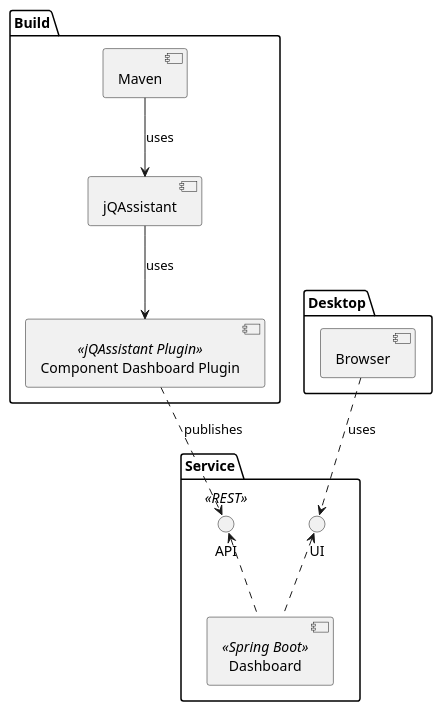
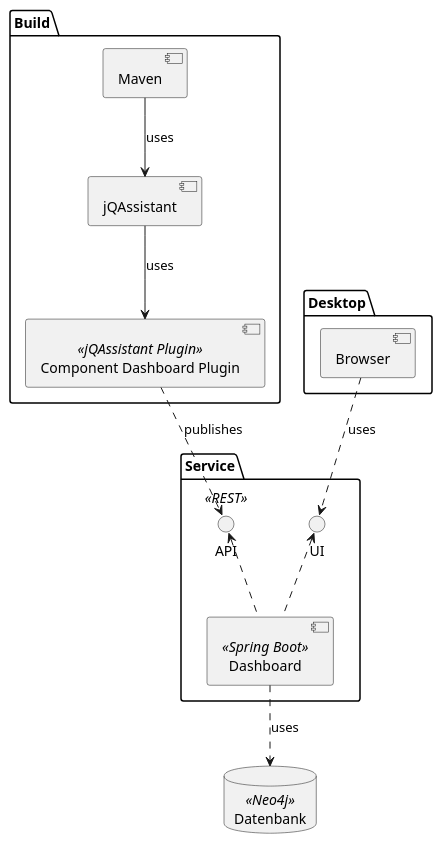
One commit to jqassistant-tooling/jqassistant-component-dashboard changed the diagram in doc/src/main/asciidoc/component-diagram.puml. Above: the diagram before and after it, drawn with PlantUML.

```diff
--- a/doc/src/main/asciidoc/component-diagram.puml
+++ b/doc/src/main/asciidoc/component-diagram.puml
@@ -1,24 +1,27 @@
 @startuml
 folder Build {
     component Maven as maven
     component jQAssistant as jqassistant
     component "Component Dashboard Plugin" as plugin <<jQAssistant Plugin>>
 }
 
 folder Service {
     component Dashboard as dashboard <<Spring Boot>>
     interface API as api <<REST>>
     interface UI as ui
     dashboard .up.> api
     dashboard .up.> ui
 }
 
 folder Desktop {
     component Browser as browser
 }
 
+database "Datenbank" as db <<Neo4j>>
+
 maven --> jqassistant : uses
 jqassistant --> plugin : uses
 plugin ..> api : publishes
 browser ..> ui : uses
+dashboard .down.> db : uses
 @enduml
```
